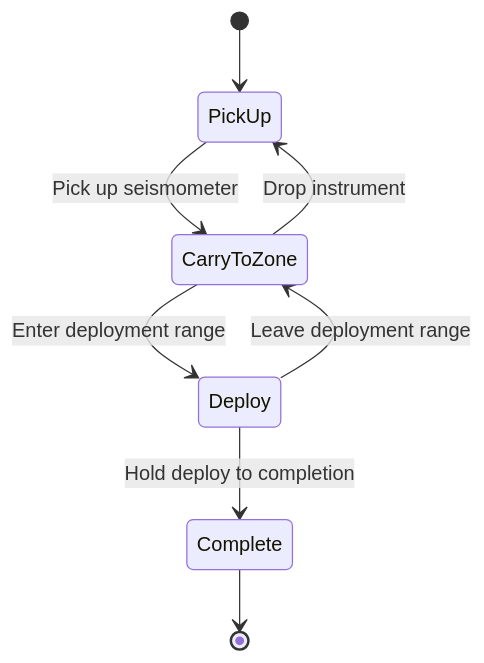
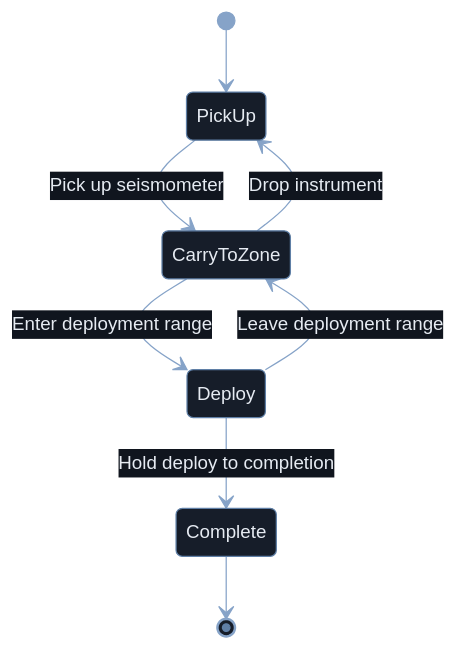
Before and after one commit to XxAG17xX/VR-LunarSouthPole: the second of 2 diagrams in README.md, drawn with Mermaid. The commit also changed other lines of this file and 10 other files, not shown here.

Commit message:
README: designed section headings, info cards and themed diagrams

````diff
--- a/README.md
+++ b/README.md
@@ -141,10 +124,11 @@
 ```mermaid
+%%{init: {'theme': 'base', 'themeVariables': {'primaryColor': '#161d29', 'primaryTextColor': '#e6ebf2', 'primaryBorderColor': '#5f7fa6', 'lineColor': '#86a3c8', 'secondaryColor': '#1b2433', 'tertiaryColor': '#10151e', 'edgeLabelBackground': '#10151e', 'fontFamily': 'Segoe UI, Helvetica, Arial, sans-serif', 'fontSize': '15px'}}}%%
 stateDiagram-v2
     [*] --> PickUp
     PickUp --> CarryToZone: Pick up seismometer
     CarryToZone --> PickUp: Drop instrument
     CarryToZone --> Deploy: Enter deployment range
     Deploy --> CarryToZone: Leave deployment range
     Deploy --> Complete: Hold deploy to completion
     Complete --> [*]
 ```
````
